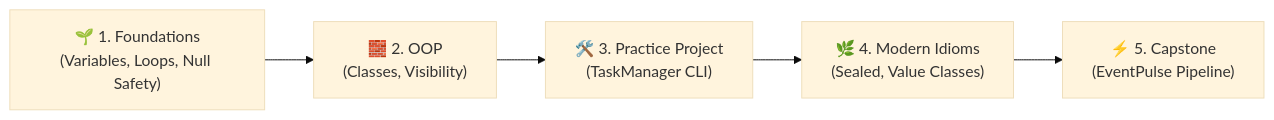
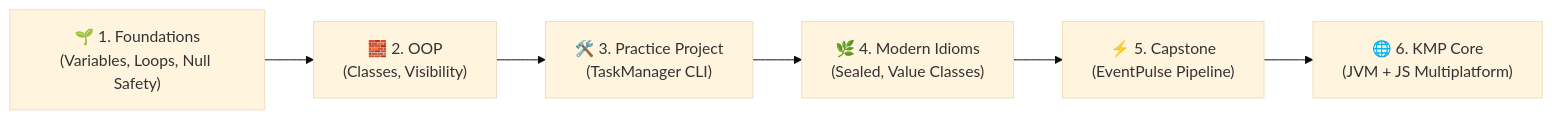
Before and after one commit to toptoppy/okkotlin: the first of 3 diagrams in README.md, drawn with Mermaid (base theme). The commit also changed other lines of this file and 58 other files, not shown here.

First line of the commit message:
feat: add detekt & ktlint quality gates and kmp-core multiplatform module

````diff
--- a/README.md
+++ b/README.md
@@ -33,10 +36,11 @@
 ```mermaid
 flowchart LR
     L1["🌱 1. Foundations<br>(Variables, Loops, Null Safety)"]
     L2["🧱 2. OOP<br>(Classes, Visibility)"]
     L3["🛠️ 3. Practice Project<br>(TaskManager CLI)"]
     L4["🌿 4. Modern Idioms<br>(Sealed, Value Classes)"]
     L5["⚡ 5. Capstone<br>(EventPulse Pipeline)"]
+    L6["🌐 6. KMP Core<br>(JVM + JS Multiplatform)"]
 
-    L1 --> L2 --> L3 --> L4 --> L5
+    L1 --> L2 --> L3 --> L4 --> L5 --> L6
 ```
````
